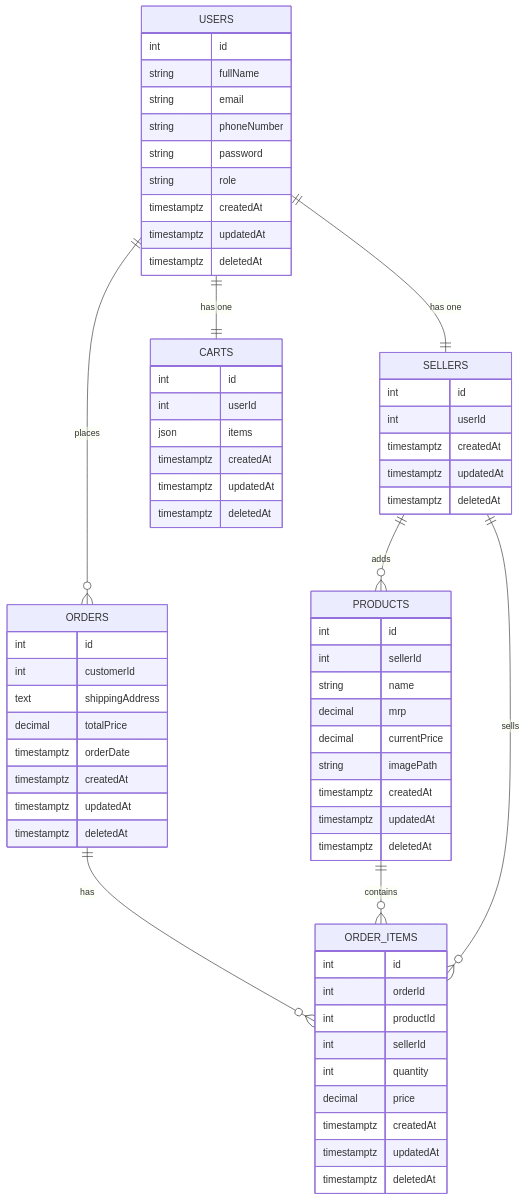
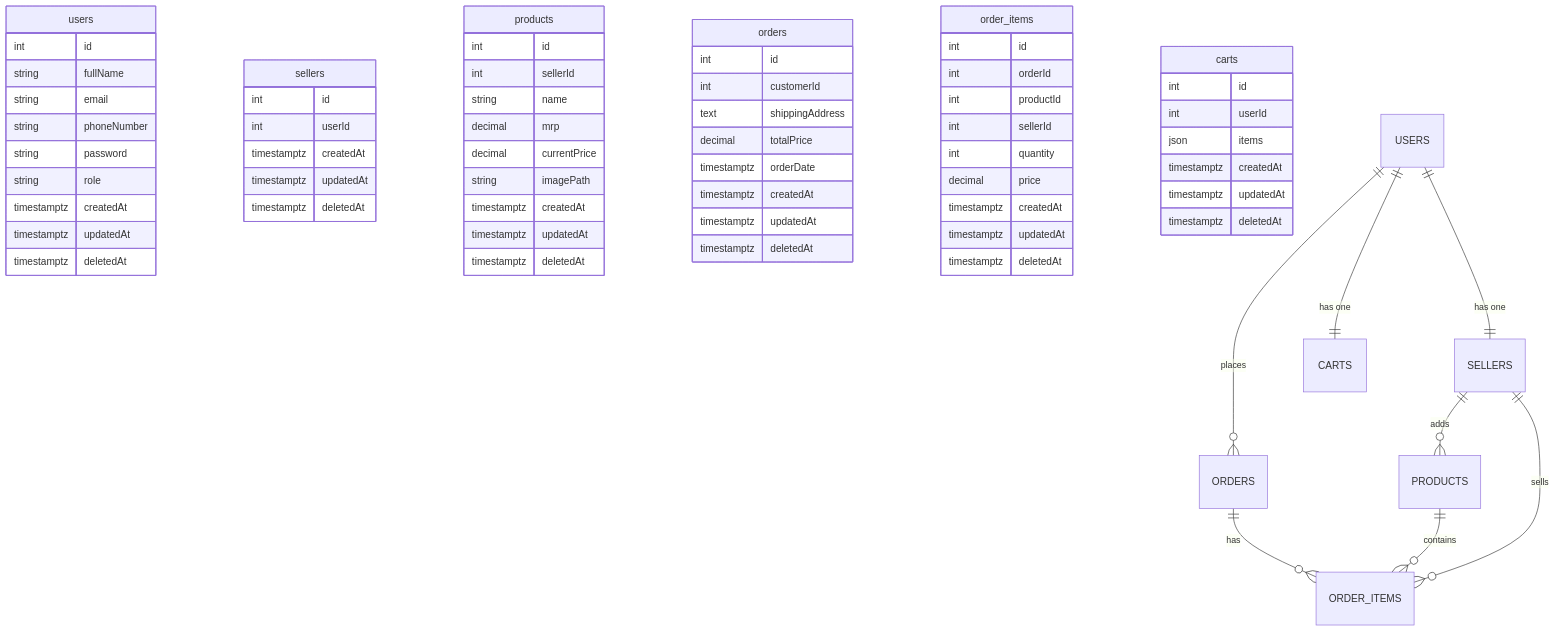
Before and after one commit to lovish-ab/grocery_delivery_docs: the diagram in docs/schema_design.md, drawn with Mermaid.

````diff
--- a/docs/schema_design.md
+++ b/docs/schema_design.md
@@ -1,75 +1,75 @@
 ```mermaid
 erDiagram
 
-    USERS {
+    users{
         int id
         string fullName
         string email
         string phoneNumber
         string password
         string role
         timestamptz createdAt
         timestamptz updatedAt
         timestamptz deletedAt
     }
 
-    SELLERS {
+    sellers {
         int id
         int userId
         timestamptz createdAt
         timestamptz updatedAt
         timestamptz deletedAt
     }
 
-    PRODUCTS {
+    products {
         int id
         int sellerId
         string name
         decimal mrp
         decimal currentPrice
         string imagePath
         timestamptz createdAt
         timestamptz updatedAt
         timestamptz deletedAt
     }
 
-    ORDERS {
+    orders {
         int id
         int customerId
         text shippingAddress
         decimal totalPrice
         timestamptz orderDate
         timestamptz createdAt
         timestamptz updatedAt
         timestamptz deletedAt
     }
 
-    ORDER_ITEMS {
+    order_items {
         int id
         int orderId
         int productId
         int sellerId
         int quantity
         decimal price
         timestamptz createdAt
         timestamptz updatedAt
         timestamptz deletedAt
     }
 
-    CARTS {
+    carts {
         int id
         int userId
         json items
         timestamptz createdAt
         timestamptz updatedAt
         timestamptz deletedAt
     }
 
     USERS ||--|| SELLERS : "has one"
     USERS ||--|| CARTS   : "has one"
     SELLERS ||--o{ PRODUCTS    : "adds"
     USERS   ||--o{ ORDERS      : "places"
     ORDERS  ||--o{ ORDER_ITEMS : "has"
     PRODUCTS||--o{ ORDER_ITEMS : "contains"
     SELLERS ||--o{ ORDER_ITEMS : "sells"
 ```
````
